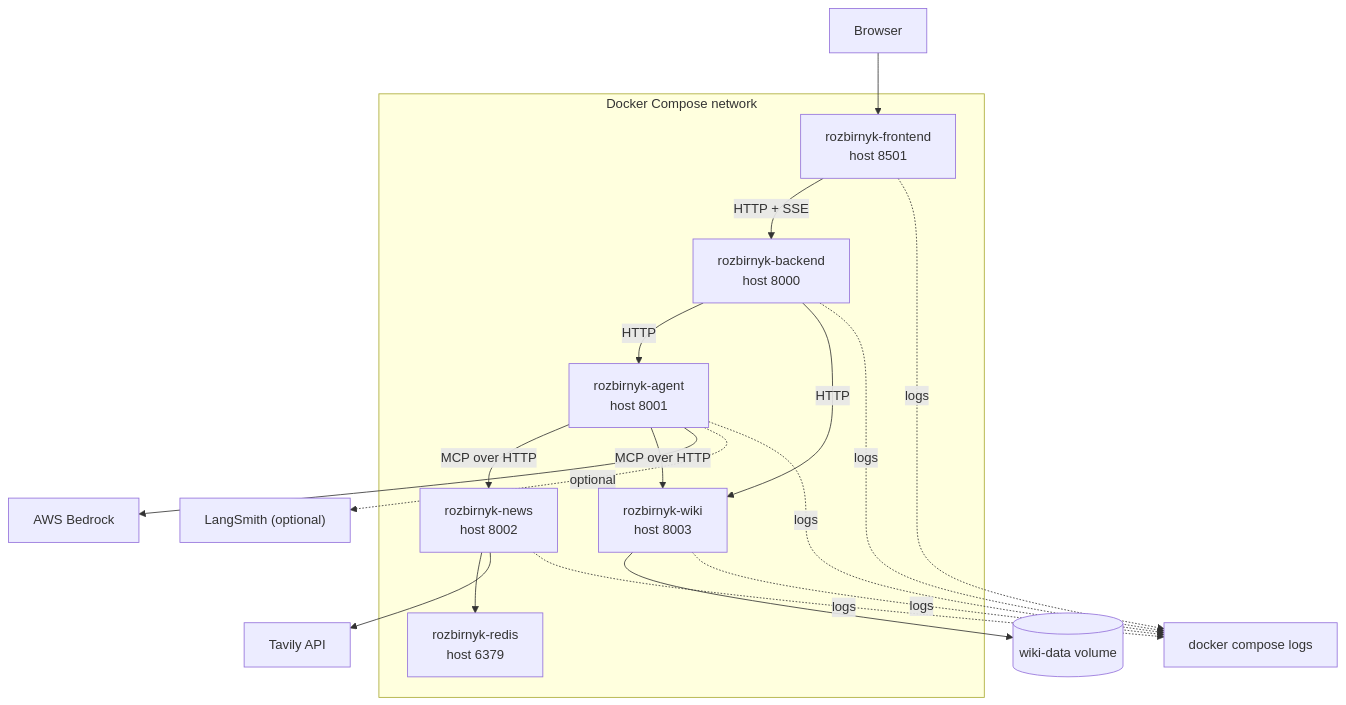
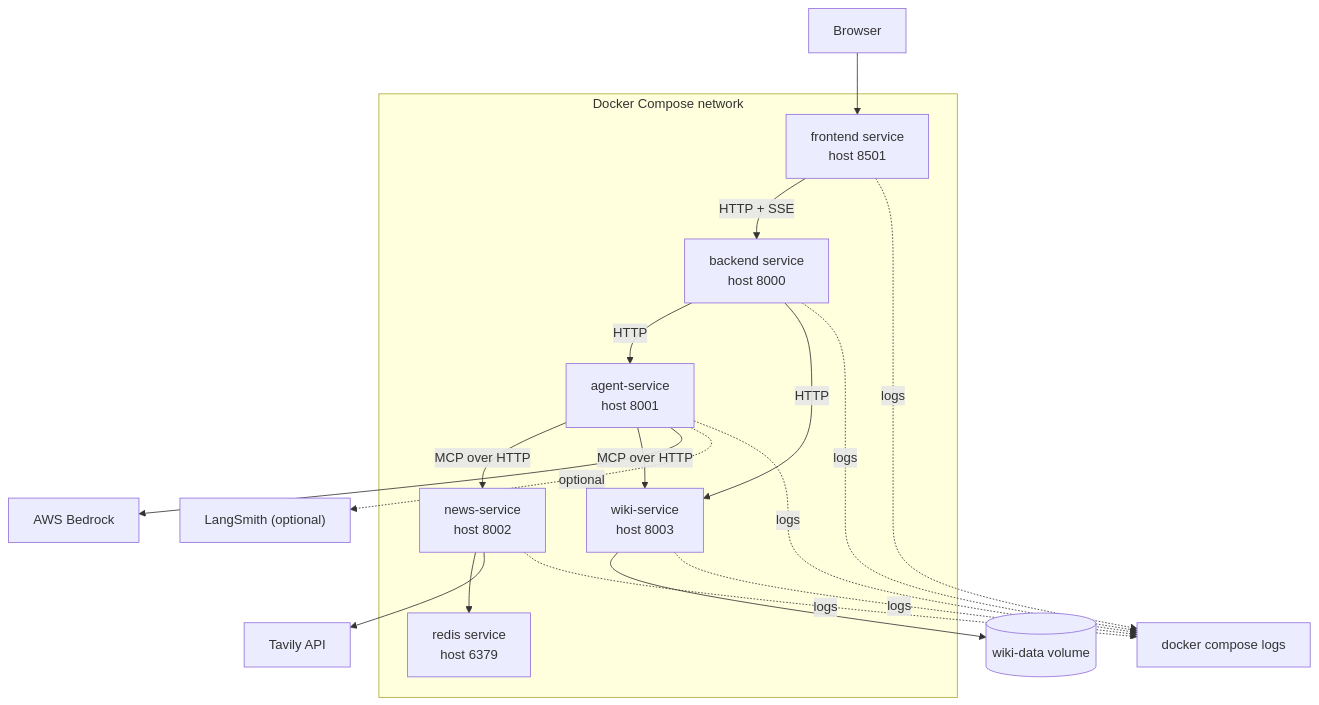
Before and after one commit to serpanchyk/Rozbirnyk: the diagram in docs/diagrams/deployment.md, drawn with Mermaid. The commit also changed 18 other files, not shown here.

````diff
--- a/docs/diagrams/deployment.md
+++ b/docs/diagrams/deployment.md
@@ -3,35 +3,35 @@
 ```mermaid
 flowchart TB
     subgraph compose["Docker Compose network"]
-        frontend["rozbirnyk-frontend\nhost 8501"]
-        backend["rozbirnyk-backend\nhost 8000"]
-        agent["rozbirnyk-agent\nhost 8001"]
-        news["rozbirnyk-news\nhost 8002"]
-        wiki["rozbirnyk-wiki\nhost 8003"]
-        redis["rozbirnyk-redis\nhost 6379"]
+        frontend["frontend service\nhost 8501"]
+        backend["backend service\nhost 8000"]
+        agent["agent-service\nhost 8001"]
+        news["news-service\nhost 8002"]
+        wiki["wiki-service\nhost 8003"]
+        redis["redis service\nhost 6379"]
     end
 
     browser["Browser"]
     tavily["Tavily API"]
     bedrock["AWS Bedrock"]
     langsmith["LangSmith (optional)"]
     wiki_volume[("wiki-data volume")]
     logs["docker compose logs"]
 
     browser --> frontend
     frontend -->|"HTTP + SSE"| backend
     backend -->|"HTTP"| agent
     backend -->|"HTTP"| wiki
     agent -->|"MCP over HTTP"| news
     agent -->|"MCP over HTTP"| wiki
     news --> redis
     news --> tavily
     agent --> bedrock
     agent -. optional .-> langsmith
     wiki --> wiki_volume
     frontend -. logs .-> logs
     backend -. logs .-> logs
     agent -. logs .-> logs
     news -. logs .-> logs
     wiki -. logs .-> logs
 ```
````
